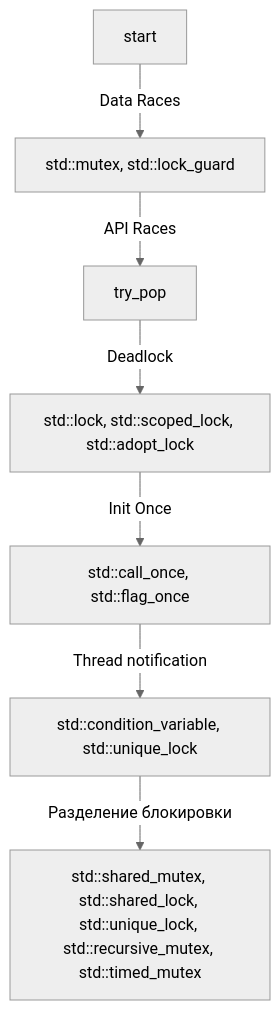
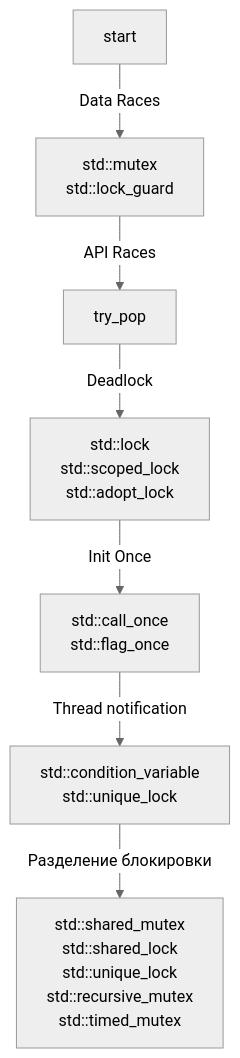
One commit to marleeeeeey/cpp_notes changed the first of 2 diagrams in 2024-08-09_0020_TILIR_MASTERS_MINI.md. Above: the diagram before and after it, drawn with Mermaid (neutral theme). The commit also changed other lines of this file, not shown here.

Commit message:
Fix mermaid view.

````diff
--- a/2024-08-09_0020_TILIR_MASTERS_MINI.md
+++ b/2024-08-09_0020_TILIR_MASTERS_MINI.md
@@ -163,9 +163,9 @@
 ```mermaid
 graph TD;
-    A[start] -- Data Races --> B[std::mutex, std::lock_guard]
+    A[start] -- Data Races --> B[std::mutex<br>std::lock_guard]
     B -- API Races --> C[try_pop]
-    C -- Deadlock --> D[std::lock, std::scoped_lock, std::adopt_lock]
-    D -- Init Once --> E[std::call_once, std::flag_once]
-    E -- Thread notification --> F[std::condition_variable, std::unique_lock]
-    F -- Разделение блокировки --> G[std::shared_mutex, std::shared_lock, std::unique_lock, std::recursive_mutex, std::timed_mutex]
+    C -- Deadlock --> D[std::lock<br>std::scoped_lock<br>std::adopt_lock]
+    D -- Init Once --> E[std::call_once<br>std::flag_once]
+    E -- Thread notification --> F[std::condition_variable<br>std::unique_lock]
+    F -- Разделение блокировки --> G[std::shared_mutex<br>std::shared_lock<br>std::unique_lock<br>std::recursive_mutex<br>std::timed_mutex]
 ```
````
